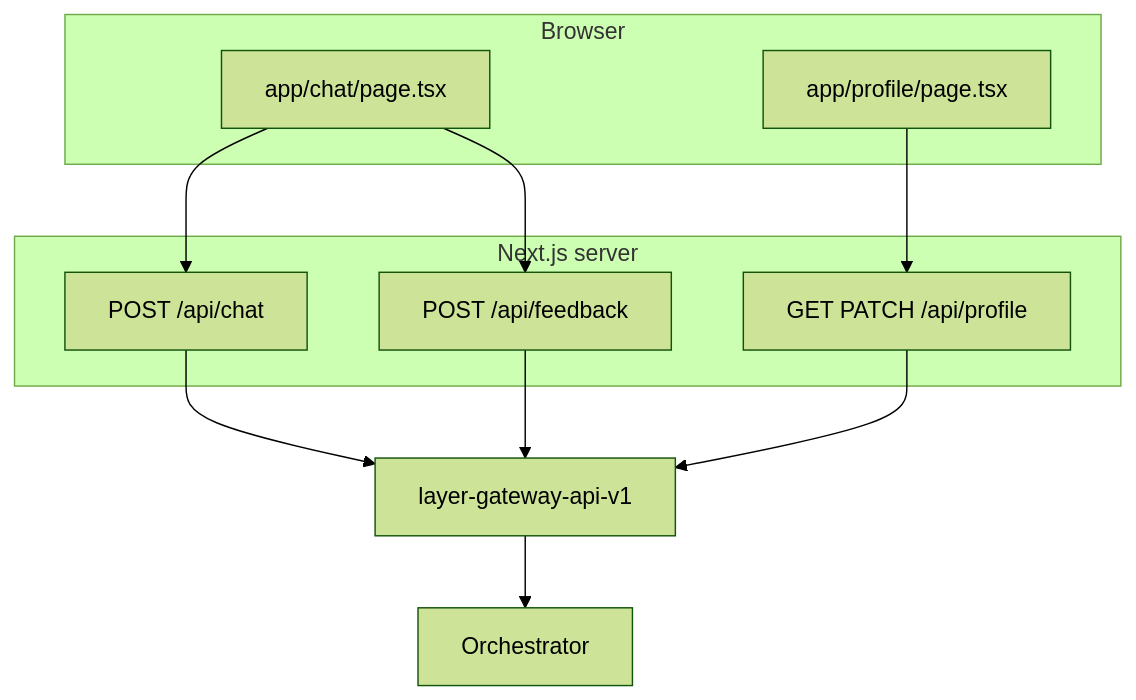
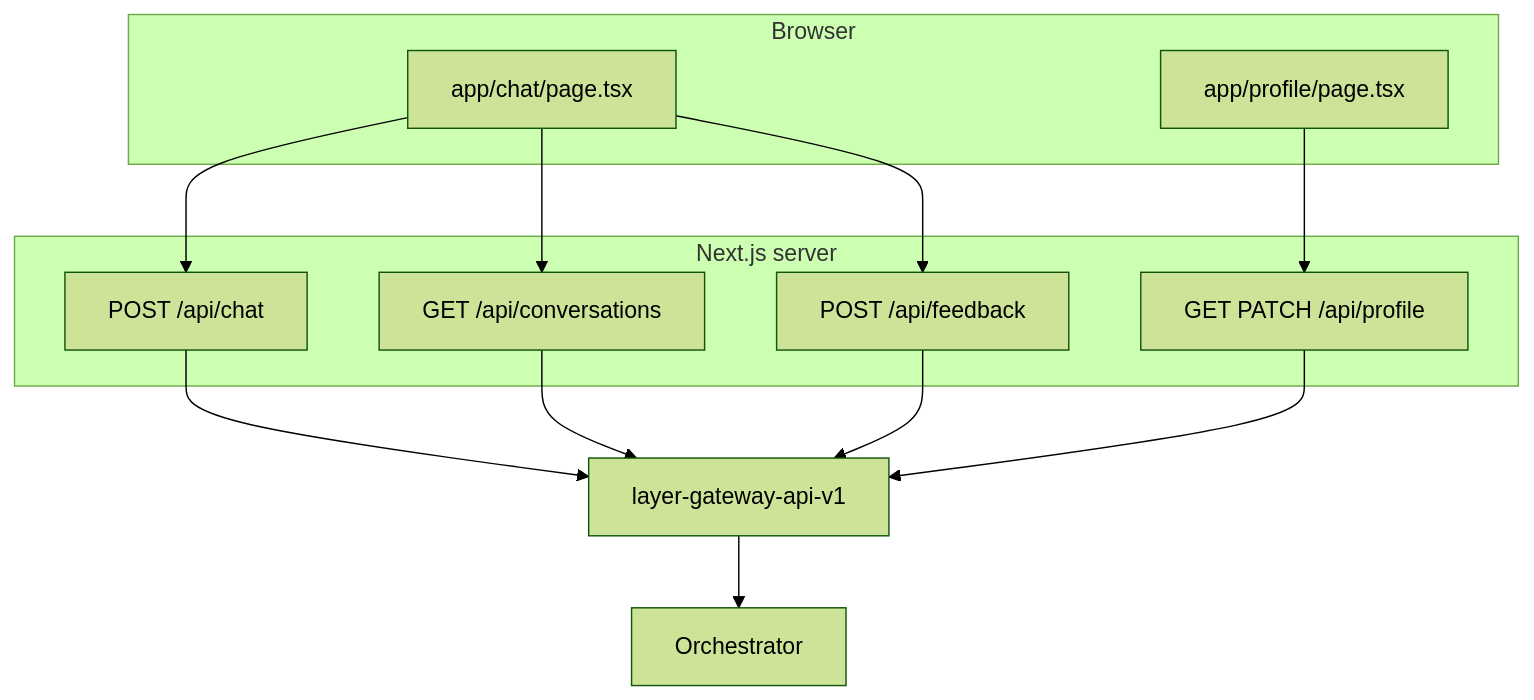
The diagram in docs/design.md (taixingbi/layer-web-v1), drawn with Mermaid (forest theme) before and after one commit. The commit also changed other lines of this file and 9 other files, not shown here.

````diff
--- a/docs/design.md
+++ b/docs/design.md
@@ -11,22 +11,25 @@
 ```mermaid
 flowchart TD
   subgraph browser [Browser]
     ChatPage[app/chat/page.tsx]
     ProfilePage[app/profile/page.tsx]
   end
   subgraph nextjs [Next.js server]
     BFFChat[POST /api/chat]
+    BFFConv[GET /api/conversations]
     BFFFb[POST /api/feedback]
     BFFProfile[GET PATCH /api/profile]
   end
   GW[layer-gateway-api-v1]
   ORCH[Orchestrator]
 
   ChatPage --> BFFChat
+  ChatPage --> BFFConv
   ChatPage --> BFFFb
   ProfilePage --> BFFProfile
   BFFChat --> GW
+  BFFConv --> GW
   BFFFb --> GW
   BFFProfile --> GW
   GW --> ORCH
 ```
````
